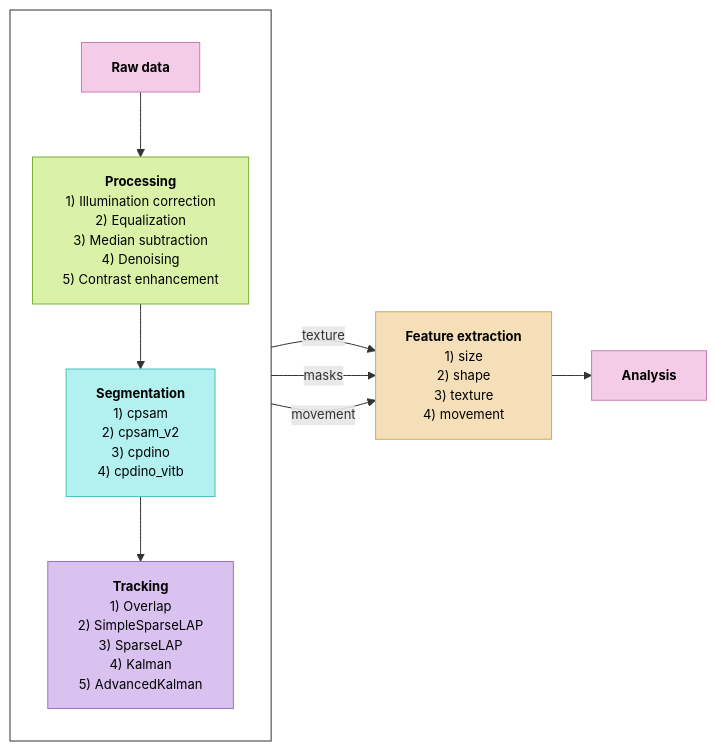
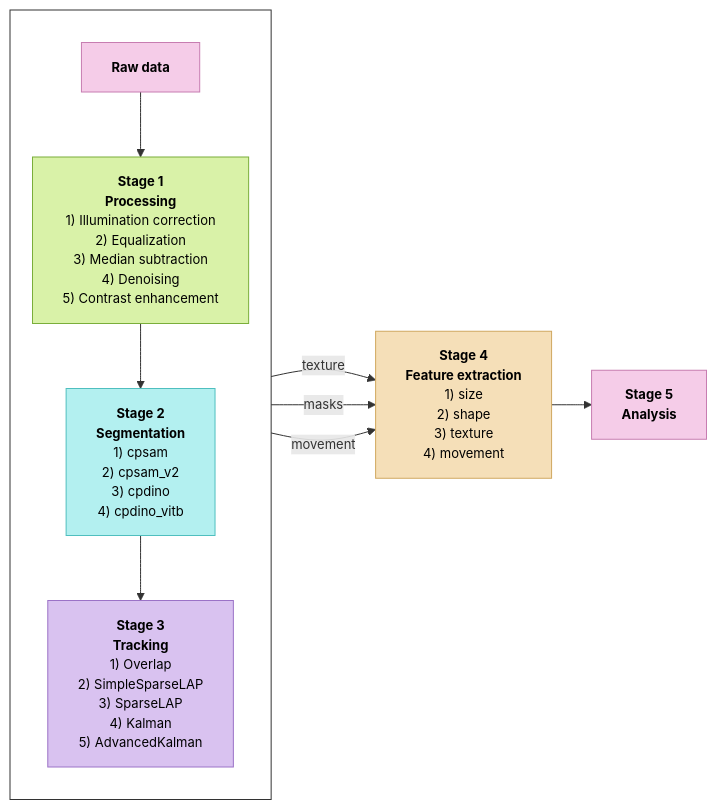
Before and after one commit to IDIP-Platform/ACID: the diagram in README.md, drawn with Mermaid.

Commit message:
Update flowchart stages in README.md

````diff
--- a/README.md
+++ b/README.md
@@ -8,50 +8,55 @@
 ```mermaid
 flowchart LR
 %%{init: {'flowchart': {'nodeSpacing': 25, 'rankSpacing': 40}, 'themeVariables': {'fontSize': '13px'}}}%%
     subgraph c1[" "]
         direction TB
-        raw["<b>Raw data</b>"] --> proc["<b>Processing</b>
+        raw["<b>Raw data</b>"] --> proc["<b>Stage 1</b>
+        <b>Processing</b>
         1) Illumination correction
         2) Equalization
         3) Median subtraction
         4) Denoising
         5) Contrast enhancement"]
-        proc --> seg["<b>Segmentation</b>
+        proc --> seg["<b>Stage 2</b>
+        <b>Segmentation</b>
         1) cpsam
         2) cpsam_v2
         3) cpdino
         4) cpdino_vitb"]
-        seg --> track["<b>Tracking</b>
+        seg --> track["<b>Stage 3</b>
+        <b>Tracking</b>
         1) Overlap
         2) SimpleSparseLAP
         3) SparseLAP
         4) Kalman
         5) AdvancedKalman"]
     end
  
-    feat["<b>Feature extraction</b>
+    feat["<b>Stage 4</b>
+    <b>Feature extraction</b>
     1) size
     2) shape
     3) texture
     4) movement"]
-    analysis["<b>Analysis</b>"]
+    analysis["<b>Stage 5</b>
+    <b>Analysis</b>"]
  
     c1 -->|texture| feat
     c1 -->|masks| feat
     c1 -->|movement| feat
     feat --> analysis
  
     classDef rawStyle fill:#F5CCE8,stroke:#C77DB1,color:#000
     classDef procStyle fill:#D9F2A8,stroke:#7AAE3A,color:#000
     classDef segStyle fill:#B3F0F0,stroke:#4FBFBF,color:#000
     classDef trackStyle fill:#D9C2F0,stroke:#9B72C7,color:#000
     classDef featStyle fill:#F5DFB8,stroke:#D0A860,color:#000
  
     class raw,analysis rawStyle
     class proc procStyle
     class seg segStyle
     class track trackStyle
     class feat featStyle
  
     style c1 fill:none,stroke:#333,stroke-width:1px
 ```
````
